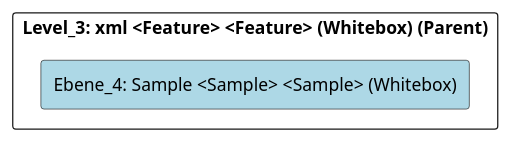
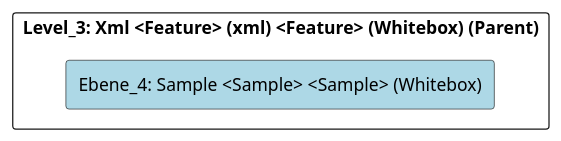
The diagram in doc/cleonproject_deliverables_architecture_model_architecture/adoc/de/05_bausteinsicht/cleon/common/xml/sample/ebene_4_sample.adoc (marcozwyssig/cleon), drawn with PlantUML before and after one commit. The commit also changed other lines of this file and 166 other files, not shown here.

```diff
--- a/doc/cleonproject_deliverables_architecture_model_architecture/adoc/de/05_bausteinsicht/cleon/common/xml/sample/ebene_4_sample.adoc
+++ b/doc/cleonproject_deliverables_architecture_model_architecture/adoc/de/05_bausteinsicht/cleon/common/xml/sample/ebene_4_sample.adoc
@@ -20,24 +20,24 @@
 [plantuml, Ebene_4: Sample <Sample> <Sample> (Whitebox)BlockOverview, format="svg"]
 ----
 @startuml Ebene_4: Sample <Sample> <Sample> (Whitebox)BuildingBlockOverview
 
 skinparam ranksep 10
 skinparam componentStyle rectangle
 skinparam shadowing false
 skinparam arrowColor lightblue
 skinparam arrowThickness 1.2
 skinparam rectangle {
   BackgroundColor White
   BorderColor #333
   RoundCorner 10
 }
 top to bottom direction
 
-component "Level_3: xml <Feature> <Feature> (Whitebox) (Parent)" {
+component "Level_3: Xml <Feature> (xml) <Feature> (Whitebox) (Parent)" {
     component "Ebene_4: Sample <Sample> <Sample> (Whitebox)" #lightblue {
     }
 
 }
 
 @enduml
 ----
```
